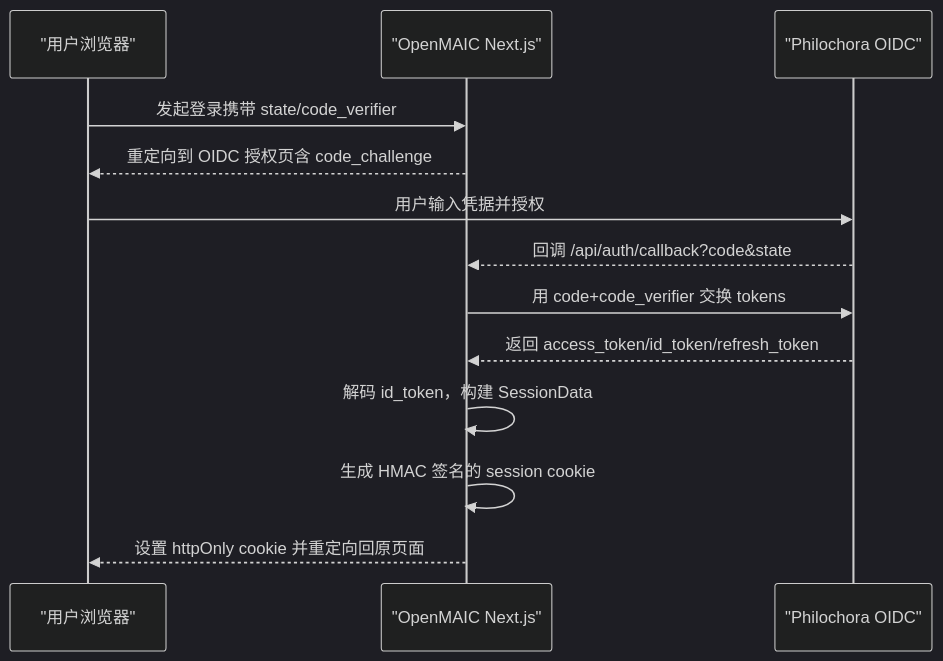
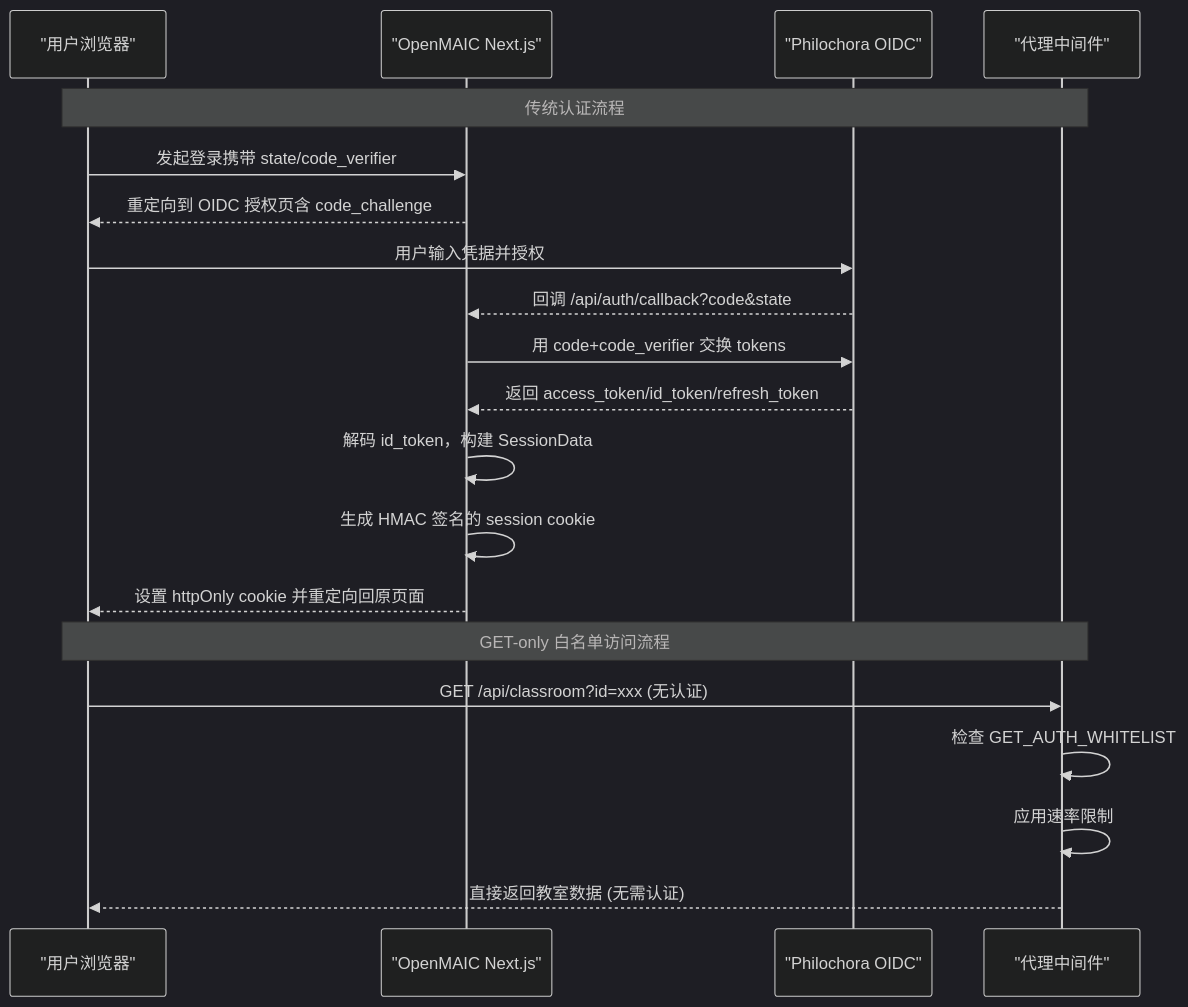
The first of 5 diagrams in .qoder/repowiki/zh/content/架构设计/后端架构设计/OAuth 2.0 认证系统.md (huangboheng/OpenMAIC), drawn with Mermaid (dark theme) before and after one commit. The commit also changed other lines of this file and 2 other files, not shown here.

````diff
--- a/.qoder/repowiki/zh/content/架构设计/后端架构设计/OAuth 2.0 认证系统.md
+++ b/.qoder/repowiki/zh/content/架构设计/后端架构设计/OAuth 2.0 认证系统.md
@@ -41,15 +47,22 @@
 ```mermaid
 sequenceDiagram
 participant U as "用户浏览器"
 participant APP as "OpenMAIC Next.js"
 participant OIDC as "Philochora OIDC"
+participant Proxy as "代理中间件"
+Note over U,Proxy : 传统认证流程
 U->>APP : 发起登录携带 state/code_verifier
 APP-->>U : 重定向到 OIDC 授权页含 code_challenge
 U->>OIDC : 用户输入凭据并授权
 OIDC-->>APP : 回调 /api/auth/callback?code&state
 APP->>OIDC : 用 code+code_verifier 交换 tokens
 OIDC-->>APP : 返回 access_token/id_token/refresh_token
 APP->>APP : 解码 id_token，构建 SessionData
 APP->>APP : 生成 HMAC 签名的 session cookie
 APP-->>U : 设置 httpOnly cookie 并重定向回原页面
+Note over U,Proxy : GET-only 白名单访问流程
+U->>Proxy : GET /api/classroom?id=xxx (无认证)
+Proxy->>Proxy : 检查 GET_AUTH_WHITELIST
+Proxy->>Proxy : 应用速率限制
+Proxy-->>U : 直接返回教室数据 (无需认证)
 ```
````
